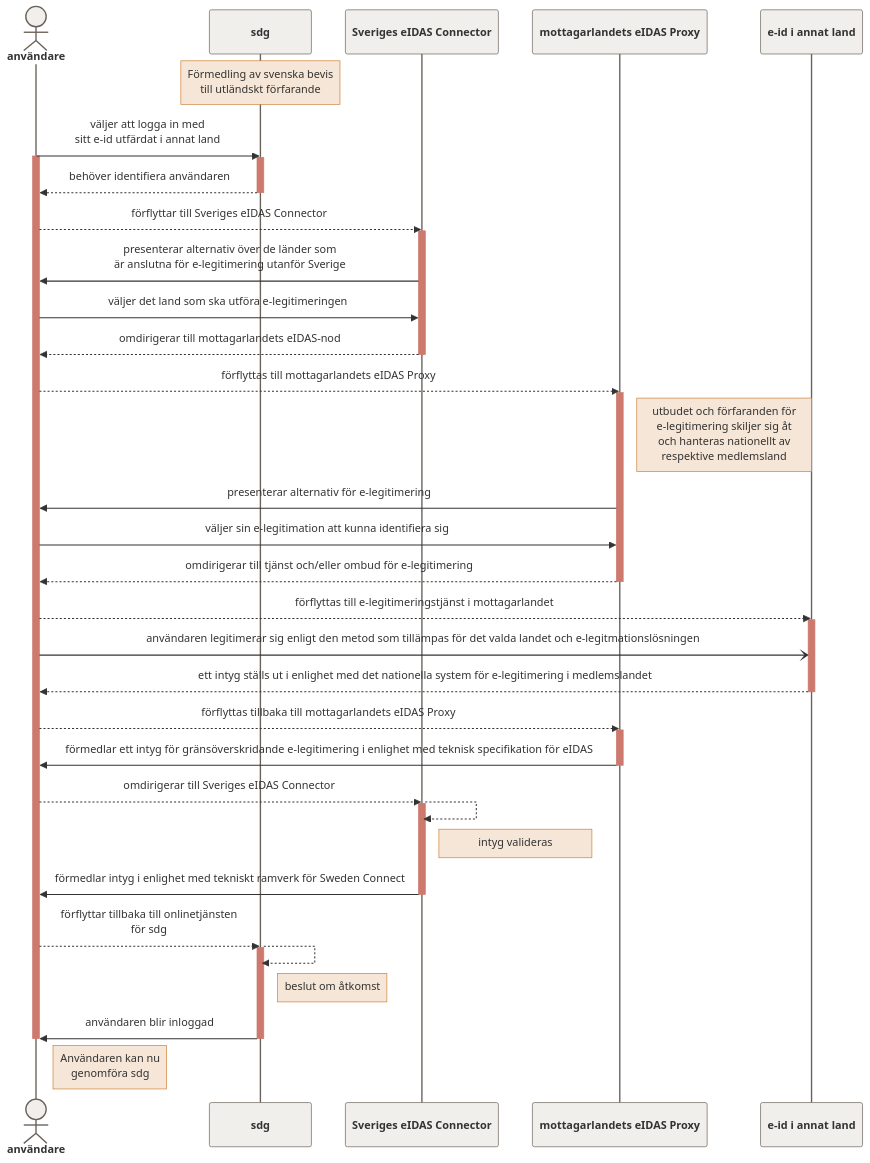
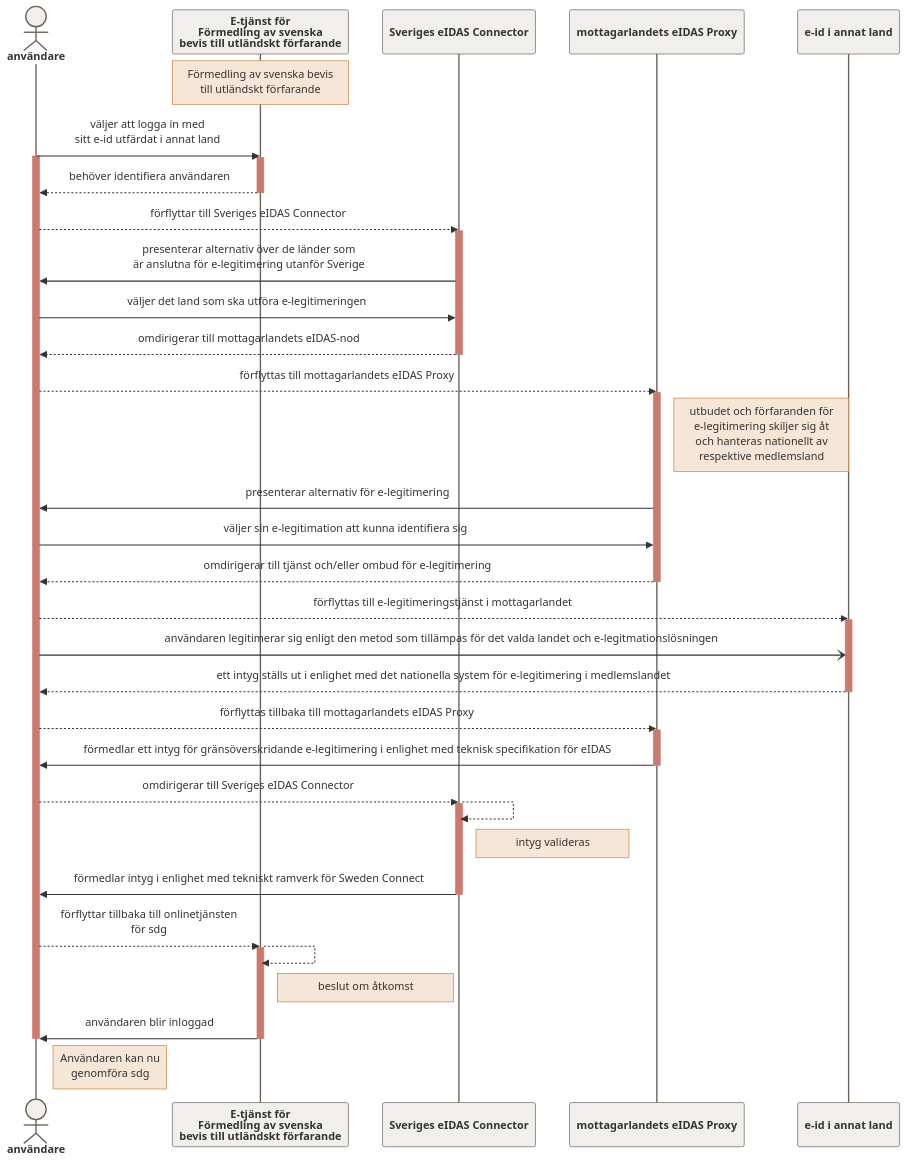
One commit to araskazemi/greenhouse changed the diagram in login_oots.md. Above: the diagram before and after it, drawn with Mermaid.

````diff
--- a/login_oots.md
+++ b/login_oots.md
@@ -1,52 +1,53 @@
 ```mermaid
 
 %%{init: {'sequence': { 'mirrorActors': true, 'rightAngles': true, 'messageAlign': 'center', 'actorFontWeight': 900, 'actorFontSize': 18, 'noteFontWeight': 100, 'noteFontSize': 12}}}%%
 %%{init: {'theme': 'base', 'themeVariables': {'labelBoxBkgColor': '#F5F5F4', 'labelBoxBorderColor': '#998980', 'actorBorder': '#696059', 'actorBkg': '#F1EFEC', 'activationBorderColor': '#CD796E', 'activationBkgColor': '#CD796E', 'noteBkgColor': '#F5E6D7', 'noteBorderColor': '#CE8036'}}}%%
 
 sequenceDiagram
   actor användare
+  participant sdg as E-tjänst för<br />Förmedling av svenska<br />bevis till utländskt förfarande
   Note over sdg: Förmedling av svenska bevis<br />till utländskt förfarande
   användare->>sdg: väljer att logga in med<br />sitt e-id utfärdat i annat land
   activate användare
   activate sdg
   sdg-->>användare: behöver identifiera användaren
   deactivate sdg  
   användare-->>Sveriges eIDAS Connector: förflyttar till Sveriges eIDAS Connector
   activate Sveriges eIDAS Connector
   Sveriges eIDAS Connector->>användare: presenterar alternativ över de länder som<br />är anslutna för e-legitimering utanför Sverige
   användare->>Sveriges eIDAS Connector: väljer det land som ska utföra e-legitimeringen
   Sveriges eIDAS Connector-->>användare: omdirigerar till mottagarlandets eIDAS-nod
   deactivate Sveriges eIDAS Connector
   användare-->>mottagarlandets eIDAS Proxy: förflyttas till mottagarlandets eIDAS Proxy
   activate mottagarlandets eIDAS Proxy
   Note right of mottagarlandets eIDAS Proxy: utbudet och förfaranden för<br />e-legitimering skiljer sig åt<br />och hanteras nationellt av<br />respektive medlemsland
   mottagarlandets eIDAS Proxy->>användare: presenterar alternativ för e-legitimering
   användare->>mottagarlandets eIDAS Proxy: väljer sin e-legitimation att kunna identifiera sig
   mottagarlandets eIDAS Proxy-->>användare: omdirigerar till tjänst och/eller ombud för e-legitimering
   deactivate mottagarlandets eIDAS Proxy
   användare-->>e-id i annat land: förflyttas till e-legitimeringstjänst i mottagarlandet
   activate e-id i annat land
   användare-)e-id i annat land: användaren legitimerar sig enligt den metod som tillämpas för det valda landet och e-legitmationslösningen 
   e-id i annat land-->>användare: ett intyg ställs ut i enlighet med det nationella system för e-legitimering i medlemslandet
   deactivate e-id i annat land
   användare-->>mottagarlandets eIDAS Proxy: förflyttas tillbaka till mottagarlandets eIDAS Proxy
   activate mottagarlandets eIDAS Proxy
   mottagarlandets eIDAS Proxy->>användare: förmedlar ett intyg för gränsöverskridande e-legitimering i enlighet med teknisk specifikation för eIDAS
   deactivate mottagarlandets eIDAS Proxy
   användare-->>Sveriges eIDAS Connector: omdirigerar till Sveriges eIDAS Connector
   activate Sveriges eIDAS Connector
   Sveriges eIDAS Connector-->>Sveriges eIDAS Connector: 
   Note right of Sveriges eIDAS Connector: intyg valideras
   Sveriges eIDAS Connector->>användare: förmedlar intyg i enlighet med tekniskt ramverk för Sweden Connect
   deactivate Sveriges eIDAS Connector
   användare-->>sdg: förflyttar tillbaka till onlinetjänsten<br />för sdg
   activate sdg
   sdg-->>sdg: 
   Note right of sdg: beslut om åtkomst
   sdg->>användare: användaren blir inloggad
   deactivate sdg
   deactivate användare
   Note right of användare:  Användaren kan nu<br />genomföra sdg
   
 
 ```
````
